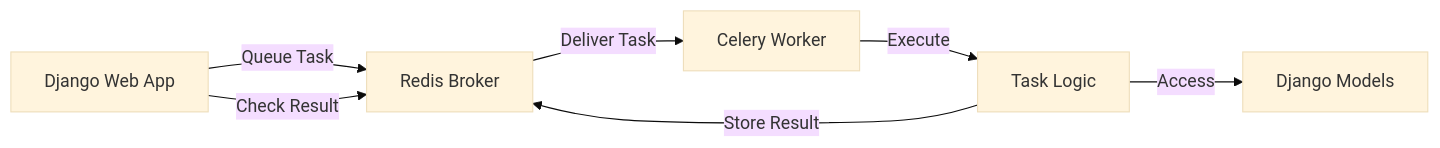
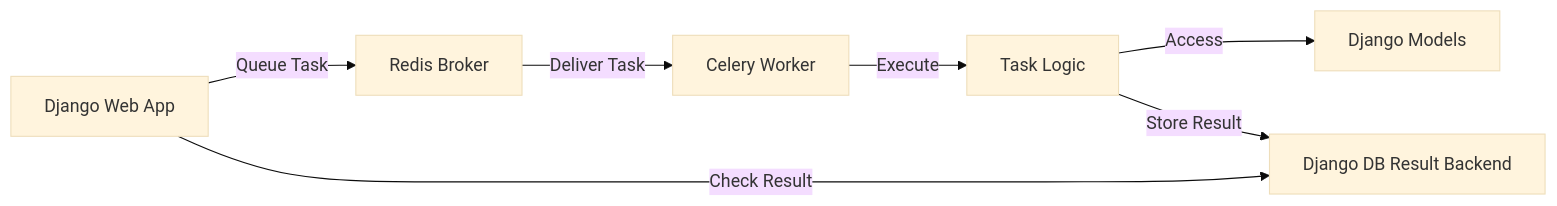
Before and after one commit to OneUptime/blog: the diagram in posts/2026-01-26-django-celery-background-tasks/README.md, drawn with Mermaid (base theme). The commit also changed other lines of this file and 2 other files, not shown here.

Commit message:
validate: 2026-01-26-django-celery-background-tasks

````diff
--- a/posts/2026-01-26-django-celery-background-tasks/README.md
+++ b/posts/2026-01-26-django-celery-background-tasks/README.md
@@ -26,9 +26,9 @@
 ```mermaid
 flowchart LR
     A[Django Web App] -->|Queue Task| B[Redis Broker]
     B -->|Deliver Task| C[Celery Worker]
     C -->|Execute| D[Task Logic]
     D -->|Access| E[Django Models]
-    D -->|Store Result| B
-    A -->|Check Result| B
+    D -->|Store Result| F[Django DB Result Backend]
+    A -->|Check Result| F
 ```
````
